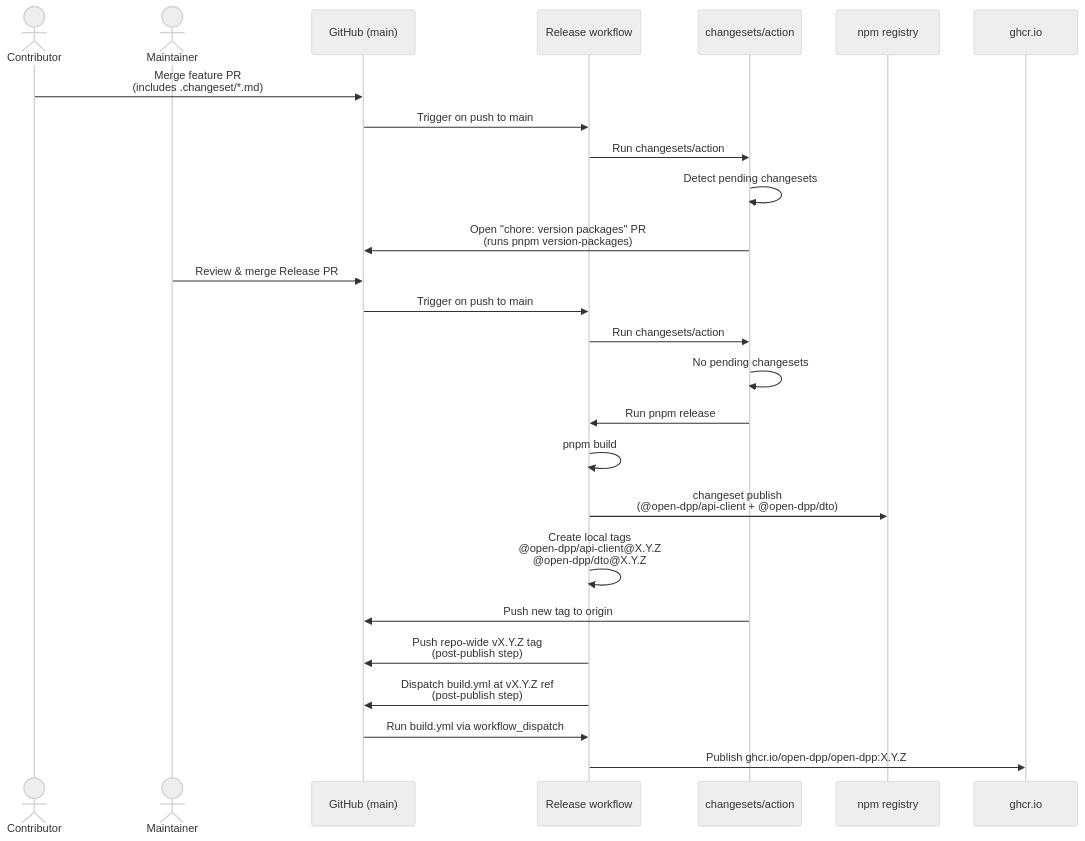
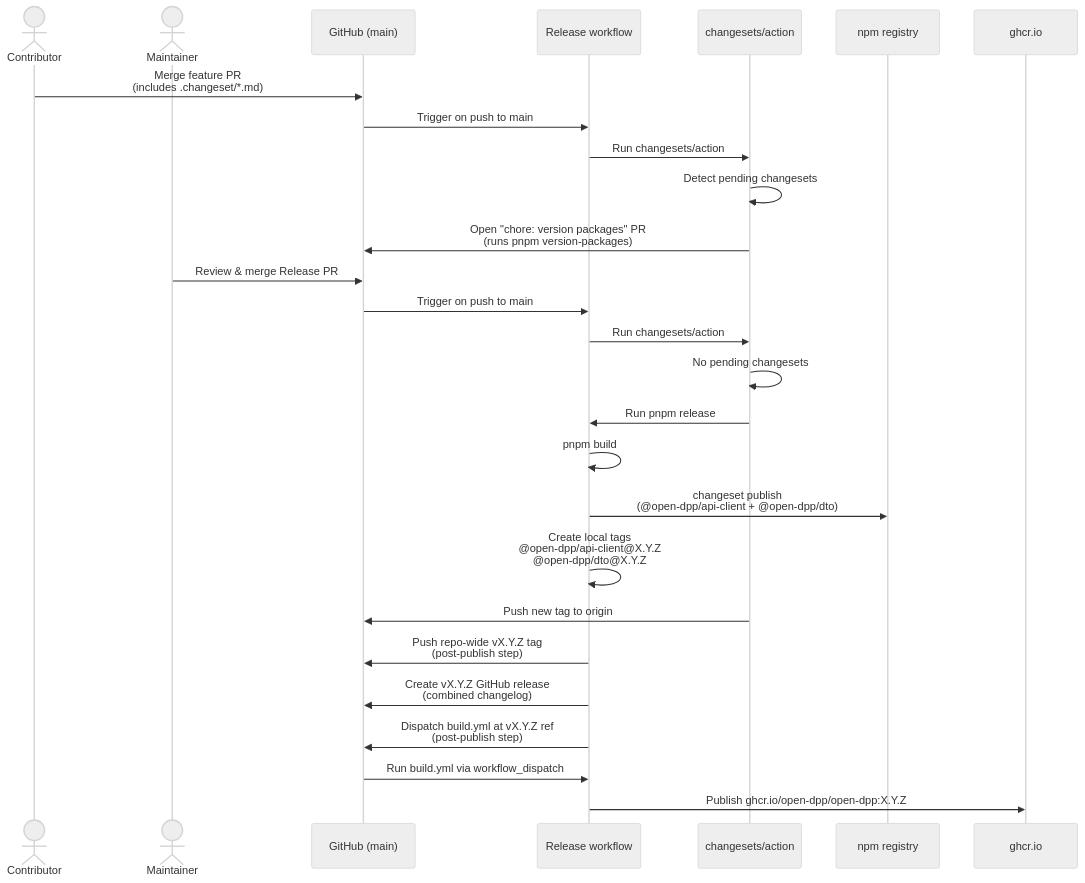
Before and after one commit to open-dpp/open-dpp: the second of 2 diagrams in RELEASING.md, drawn with Mermaid (neutral theme). The commit also changed other lines of this file and 4 other files, not shown here.

````diff
--- a/RELEASING.md
+++ b/RELEASING.md
@@ -91,29 +92,30 @@
 ```mermaid
 sequenceDiagram
     actor Dev as Contributor
     actor Maint as Maintainer
     participant GH as GitHub (main)
     participant WF as Release workflow
     participant CS as changesets/action
     participant NPM as npm registry
     participant GHCR as ghcr.io
 
     Dev->>GH: Merge feature PR<br/>(includes .changeset/*.md)
     GH->>WF: Trigger on push to main
     WF->>CS: Run changesets/action
     CS->>CS: Detect pending changesets
     CS->>GH: Open "chore: version packages" PR<br/>(runs pnpm version-packages)
     Maint->>GH: Review & merge Release PR
     GH->>WF: Trigger on push to main
     WF->>CS: Run changesets/action
     CS->>CS: No pending changesets
     CS->>WF: Run pnpm release
     WF->>WF: pnpm build
     WF->>NPM: changeset publish<br/>(@open-dpp/api-client + @open-dpp/dto)
     WF->>WF: Create local tags<br/>@open-dpp/api-client@X.Y.Z<br/>@open-dpp/dto@X.Y.Z
     CS->>GH: Push new tag to origin
     WF->>GH: Push repo-wide vX.Y.Z tag<br/>(post-publish step)
+    WF->>GH: Create vX.Y.Z GitHub release<br/>(combined changelog)
     WF->>GH: Dispatch build.yml at vX.Y.Z ref<br/>(post-publish step)
     GH->>WF: Run build.yml via workflow_dispatch
     WF->>GHCR: Publish ghcr.io/open-dpp/open-dpp:X.Y.Z
 ```
````
